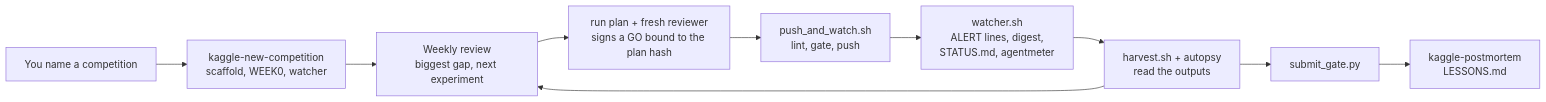
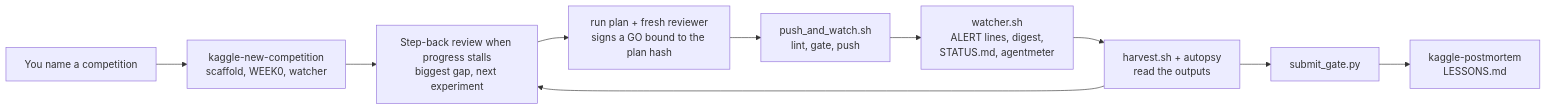
One commit to juliversa/ml-agent-harness changed the diagram in README.md. Above: the diagram before and after it, drawn with Mermaid. The commit also changed other lines of this file and 6 other files, not shown here.

First line of the commit message:
Depth loop on stalls; step-back every 72 h, sooner without progress (#1)

````diff
--- a/README.md
+++ b/README.md
@@ -93,12 +94,12 @@
 ```mermaid
 flowchart LR
   N[You name a competition] --> S[kaggle-new-competition<br/>scaffold, WEEK0, watcher]
-  S --> D["Weekly review<br/>biggest gap, next experiment"]
+  S --> D["Step-back review when progress stalls<br/>biggest gap, next experiment"]
   D --> P[run plan + fresh reviewer<br/>signs a GO bound to the plan hash]
   P --> K[push_and_watch.sh<br/>lint, gate, push]
   K --> W[watcher.sh<br/>ALERT lines, digest,<br/>STATUS.md, agentmeter]
   W --> H[harvest.sh + autopsy<br/>read the outputs]
   H --> D
   H --> G[submit_gate.py]
   G --> M[kaggle-postmortem<br/>LESSONS.md]
 ```
````
